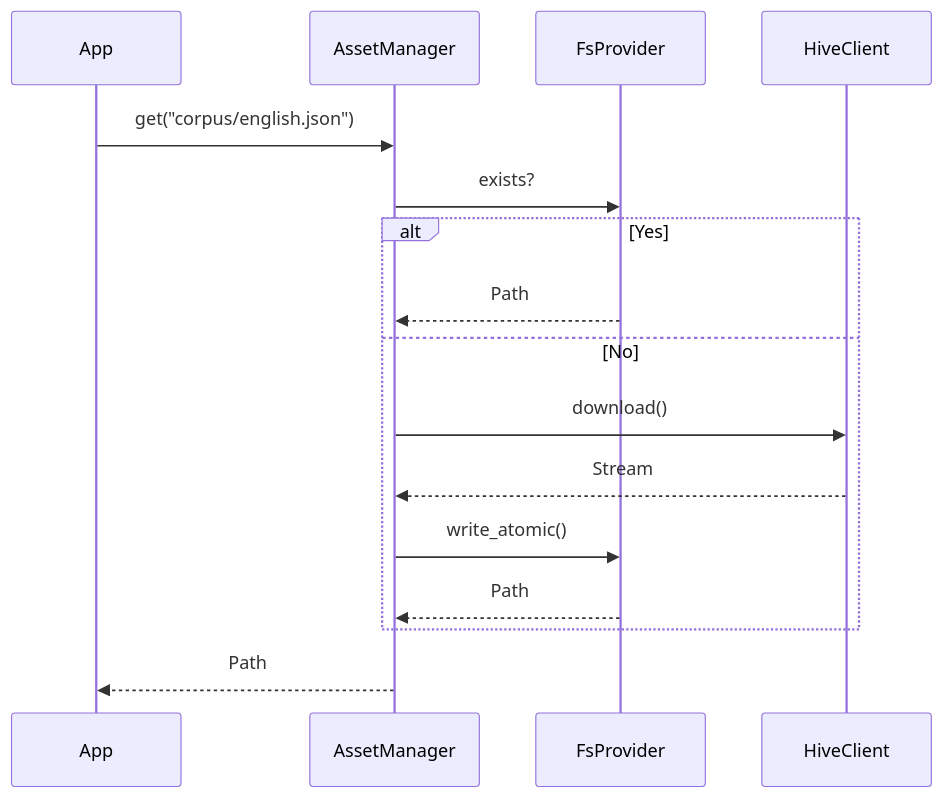
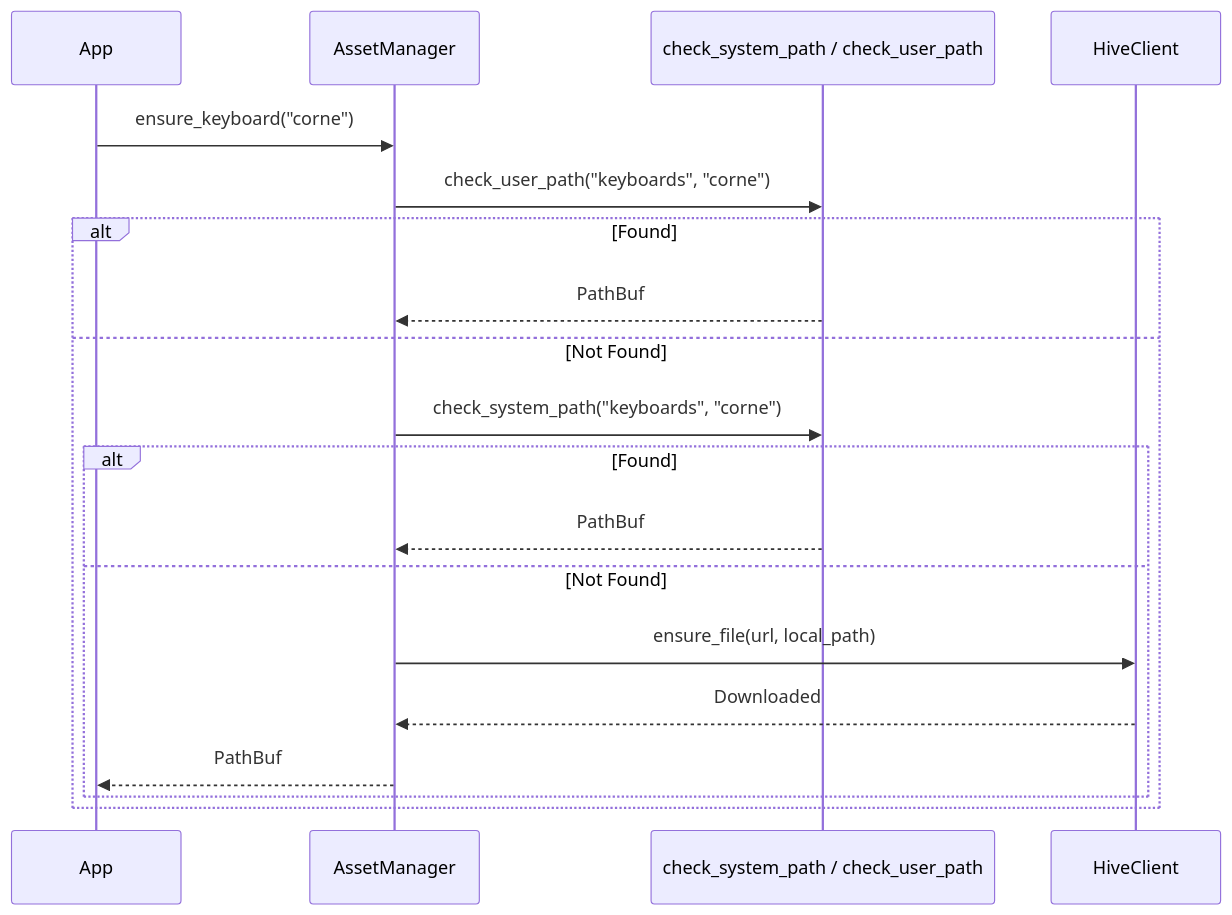
One commit to infodungeon/keyforge changed the second of 5 diagrams in docs/design/keyforge-infra/README.md. Above: the diagram before and after it, drawn with Mermaid. The commit also changed other lines of this file and 63 other files, not shown here.

````diff
--- a/docs/design/keyforge-infra/README.md
+++ b/docs/design/keyforge-infra/README.md
@@ -10,21 +45,22 @@
 ```mermaid
 sequenceDiagram
     participant App
     participant Manager as AssetManager
-    participant FS as FsProvider
-    participant Net as HiveClient
+    participant FS as check_system_path / check_user_path
+    participant Client as HiveClient
 
-    App->>Manager: get("corpus/english.json")
-    
-    Manager->>FS: exists?
-    alt Yes
-        FS-->>Manager: Path
-    else No
-        Manager->>Net: download()
-        Net-->>Manager: Stream
-        Manager->>FS: write_atomic()
-        FS-->>Manager: Path
+    App->>Manager: ensure_keyboard("corne")
+    Manager->>FS: check_user_path("keyboards", "corne")
+    alt Found
+        FS-->>Manager: PathBuf
+    else Not Found
+        Manager->>FS: check_system_path("keyboards", "corne")
+        alt Found
+            FS-->>Manager: PathBuf
+        else Not Found
+            Manager->>Client: ensure_file(url, local_path)
+            Client-->>Manager: Downloaded
+            Manager-->>App: PathBuf
+        end
     end
-    
-    Manager-->>App: Path
 ```
````
